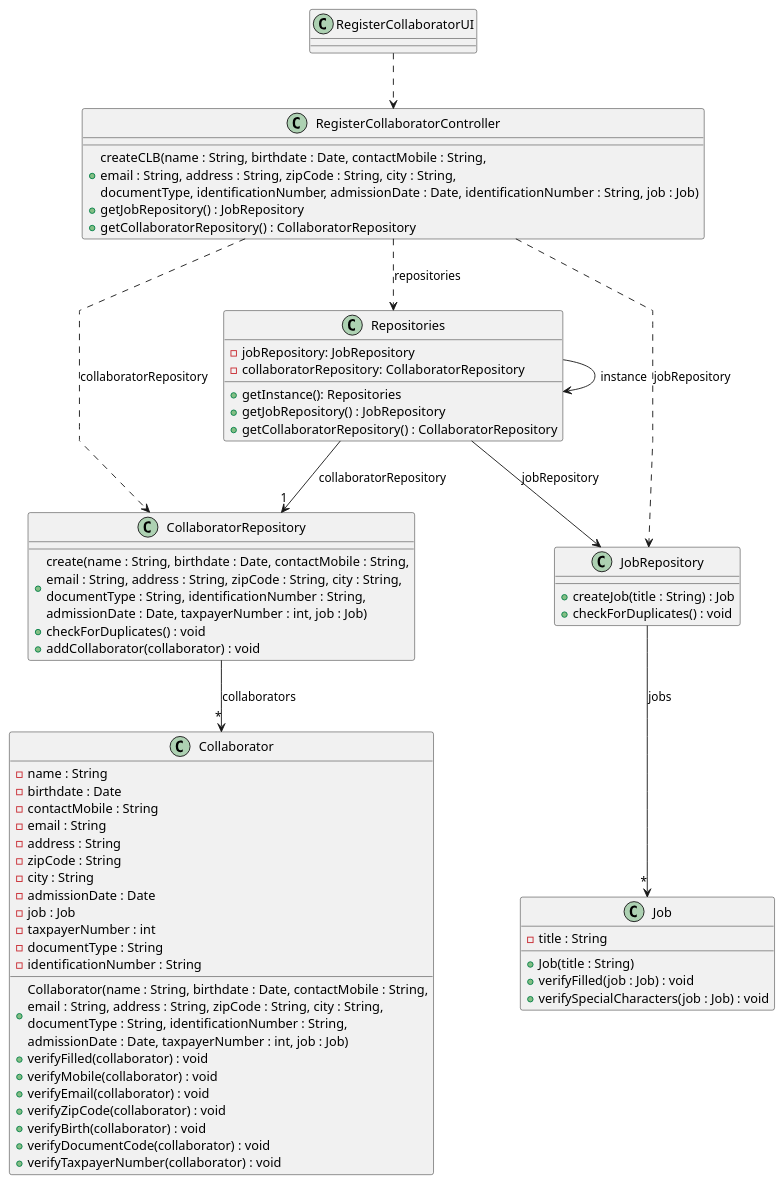
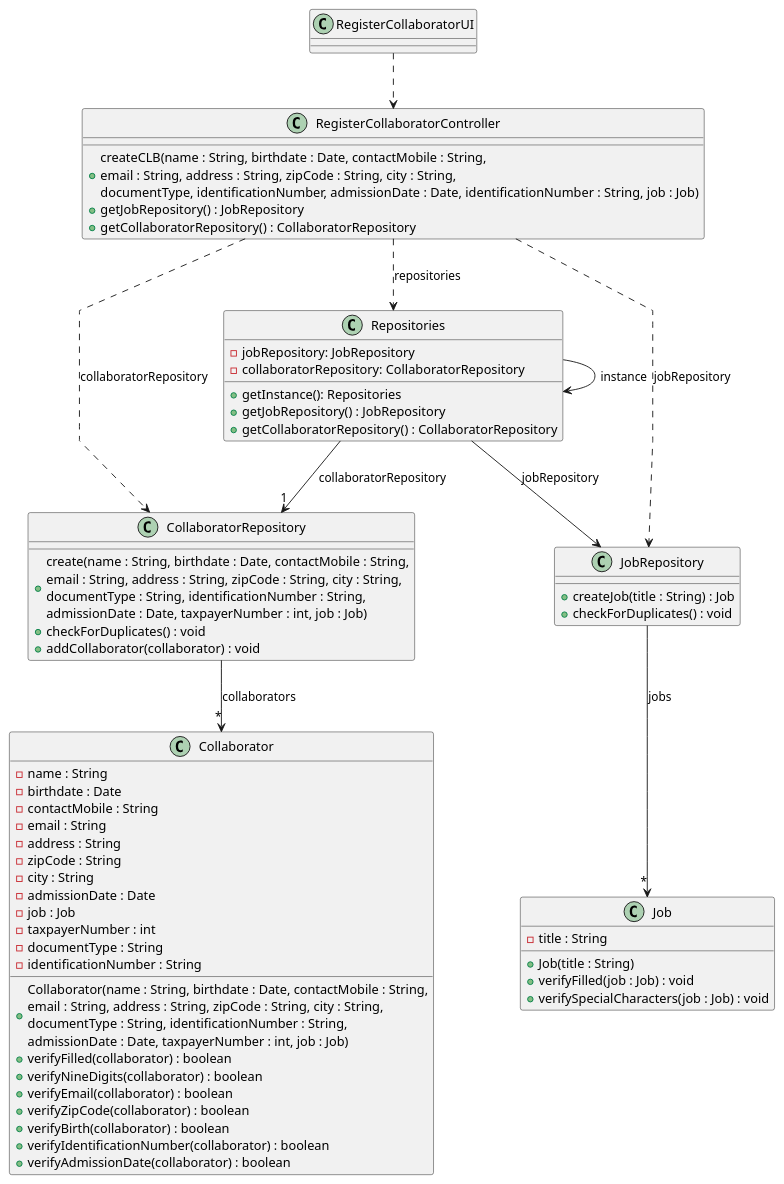
The diagram in docs/sprintB/us003/03.design/puml/us003-class-diagram.puml (ricardomm7/leaflink), drawn with PlantUML before and after one commit. The commit also changed 3 other files, not shown here.

```diff
--- a/docs/sprintB/us003/03.design/puml/us003-class-diagram.puml
+++ b/docs/sprintB/us003/03.design/puml/us003-class-diagram.puml
@@ -1,81 +1,81 @@
 @startuml
 skinparam packageStyle rectangle
 skinparam shadowing false
 skinparam linetype polyline
 
 'left to right direction
 
 class RegisterCollaboratorUI {
 }
 
 class RegisterCollaboratorController {
     + createCLB(name : String, birthdate : Date, contactMobile : String,\nemail : String, address : String, zipCode : String, city : String,\ndocumentType, identificationNumber, admissionDate : Date, identificationNumber : String, job : Job)
     + getJobRepository() : JobRepository
     + getCollaboratorRepository() : CollaboratorRepository
 
 }
 
 class Repositories {
     -jobRepository: JobRepository
     -collaboratorRepository: CollaboratorRepository
 
     + getInstance(): Repositories
     +getJobRepository() : JobRepository
     +getCollaboratorRepository() : CollaboratorRepository
 }
 
 class CollaboratorRepository {
     + create(name : String, birthdate : Date, contactMobile : String,\nemail : String, address : String, zipCode : String, city : String,\ndocumentType : String, identificationNumber : String, \nadmissionDate : Date, taxpayerNumber : int, job : Job)
     + checkForDuplicates() : void
     + addCollaborator(collaborator) : void
 
 }
 
 class JobRepository {
     +createJob(title : String) : Job
     +checkForDuplicates() : void
 }
 
 class Collaborator {
     - name : String
     - birthdate : Date
     - contactMobile : String
     - email : String
     - address : String
     - zipCode : String
     - city : String
     - admissionDate : Date
     - job : Job
     - taxpayerNumber : int
     + Collaborator(name : String, birthdate : Date, contactMobile : String,\nemail : String, address : String, zipCode : String, city : String,\ndocumentType : String, identificationNumber : String, \nadmissionDate : Date, taxpayerNumber : int, job : Job)
-    + verifyFilled(collaborator) : void
-    + verifyMobile(collaborator) : void
-    + verifyEmail(collaborator) : void
-    + verifyZipCode(collaborator) : void
-    + verifyBirth(collaborator) : void
-    + verifyDocumentCode(collaborator) : void
-    + verifyTaxpayerNumber(collaborator) : void
+    + verifyFilled(collaborator) : boolean
+    + verifyNineDigits(collaborator) : boolean
+    + verifyEmail(collaborator) : boolean
+    + verifyZipCode(collaborator) : boolean
+    + verifyBirth(collaborator) : boolean
+    + verifyIdentificationNumber(collaborator) : boolean
+    + verifyAdmissionDate(collaborator) : boolean
     - documentType : String
     - identificationNumber : String
 }
 
 class Job {
     - title : String
     + Job(title : String)
     +verifyFilled(job : Job) : void
     +verifySpecialCharacters(job : Job) : void
 }
 
 
 
 RegisterCollaboratorUI ..> RegisterCollaboratorController
 RegisterCollaboratorController ..> Repositories : repositories
 Repositories --> Repositories : instance
 Repositories --> JobRepository : jobRepository
 Repositories --> "1"CollaboratorRepository : collaboratorRepository
 CollaboratorRepository --> "*" Collaborator : collaborators
 RegisterCollaboratorController ..> CollaboratorRepository : collaboratorRepository
 RegisterCollaboratorController ..> JobRepository : jobRepository
 JobRepository --> "*" Job : jobs
 
 @enduml
```
